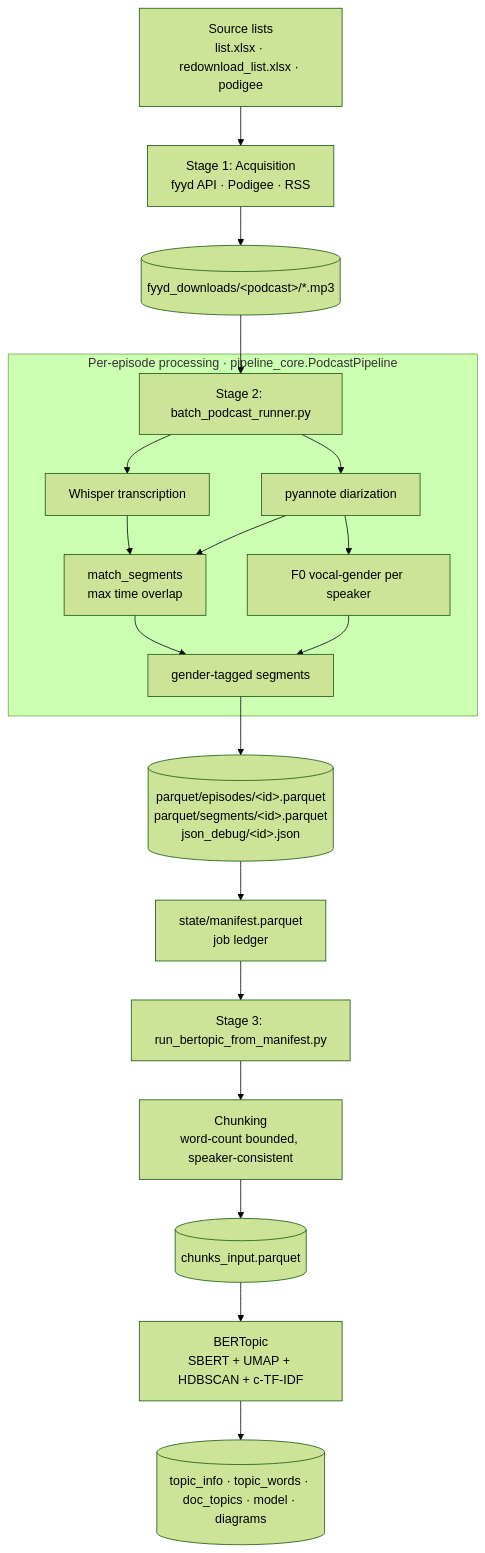
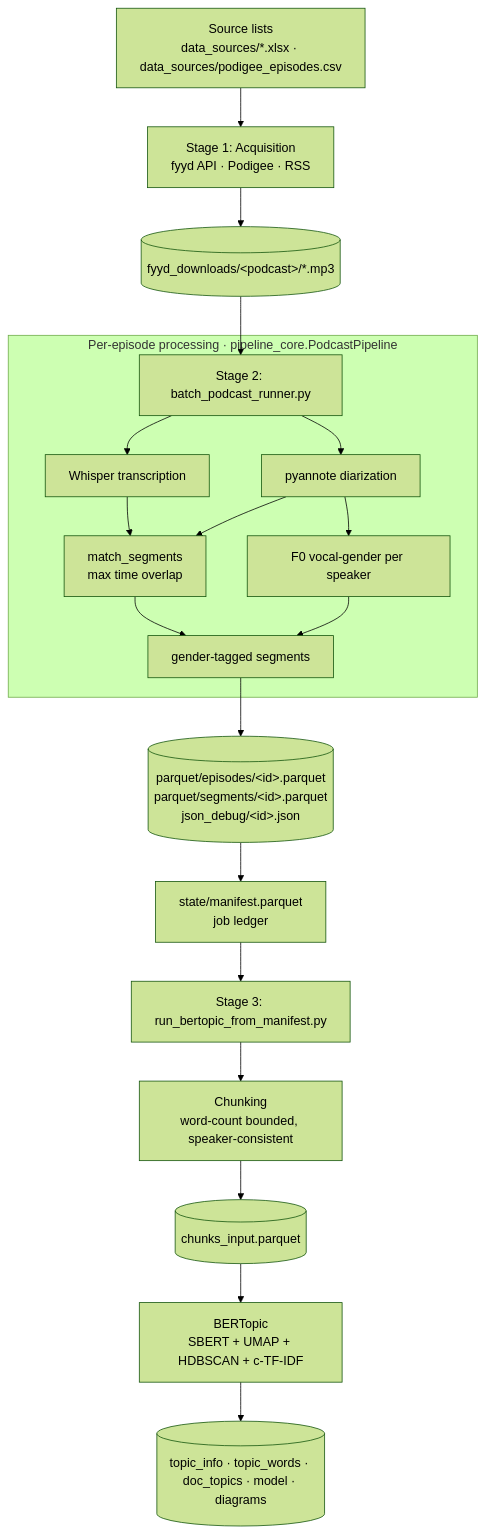
Before and after one commit to plasma31/podcast_transcribe: the diagram in docs/thesis/01_pipeline_and_data.md, drawn with Mermaid (forest theme). The commit also changed other lines of this file and 29 other files, not shown here.

````diff
--- a/docs/thesis/01_pipeline_and_data.md
+++ b/docs/thesis/01_pipeline_and_data.md
@@ -19,22 +19,22 @@
 ```mermaid
 flowchart TD
-    A[Source lists<br/>list.xlsx · redownload_list.xlsx · podigee] --> B[Stage 1: Acquisition<br/>fyyd API · Podigee · RSS]
+    A[Source lists<br/>data_sources/*.xlsx · data_sources/podigee_episodes.csv] --> B[Stage 1: Acquisition<br/>fyyd API · Podigee · RSS]
     B --> C[(fyyd_downloads/&lt;podcast&gt;/*.mp3)]
     C --> D[Stage 2: batch_podcast_runner.py]
     subgraph D2 [Per-episode processing · pipeline_core.PodcastPipeline]
         D --> E[Whisper transcription]
         D --> F[pyannote diarization]
         E --> G[match_segments<br/>max time overlap]
         F --> G
         F --> H[F0 vocal-gender per speaker]
         G --> I[gender-tagged segments]
         H --> I
     end
     I --> J[(parquet/episodes/&lt;id&gt;.parquet<br/>parquet/segments/&lt;id&gt;.parquet<br/>json_debug/&lt;id&gt;.json)]
     J --> K[state/manifest.parquet<br/>job ledger]
     K --> L[Stage 3: run_bertopic_from_manifest.py]
     L --> M[Chunking<br/>word-count bounded, speaker-consistent]
     M --> N[(chunks_input.parquet)]
     N --> O[BERTopic<br/>SBERT + UMAP + HDBSCAN + c-TF-IDF]
     O --> P[(topic_info · topic_words · doc_topics · model · diagrams)]
 ```
````
